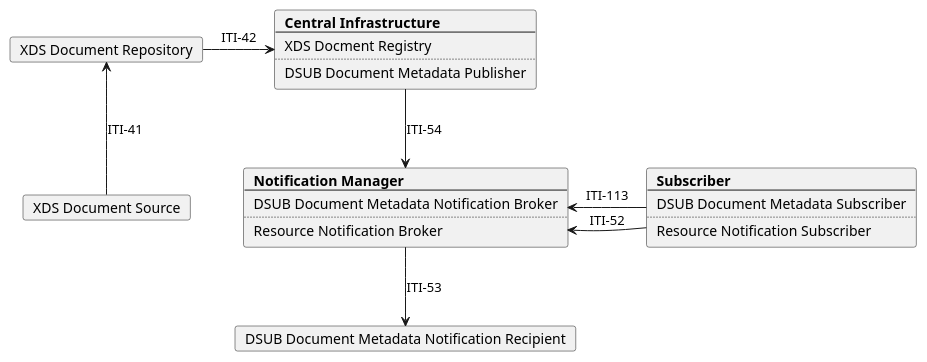
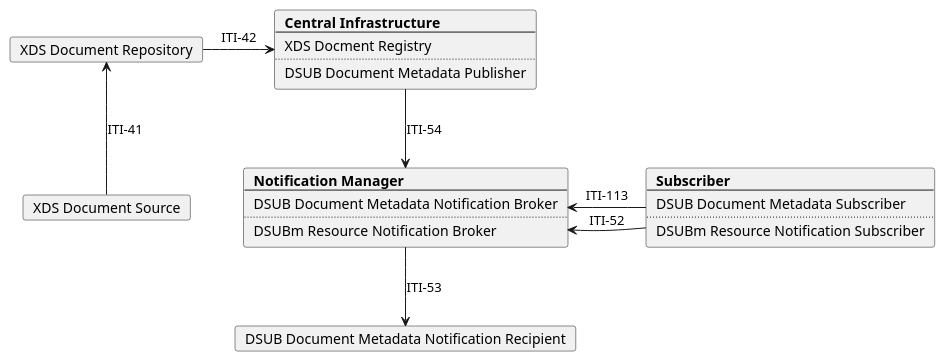
The diagram in input/images-source/model_DSUB.plantuml (IHE/ITI.DSUBm), drawn with PlantUML before and after one commit. The commit also changed 7 other files, not shown here.

Commit message:
update uml

```diff
--- a/input/images-source/model_DSUB.plantuml
+++ b/input/images-source/model_DSUB.plantuml
@@ -1,47 +1,47 @@
 @startuml
 skinparam svgDimensionStyle false
 skinparam componentStyle rectangle
 
 hide footbox
 /' title "DSUBm grouped with DSUB: Notification Manager" '/
 
 card "XDS Document Source" as Source
 card "XDS Document Repository" as Repo
 
 card  Central [
   <b>Central Infrastructure
   ----
   XDS Docment Registry
   ....
   DSUB Document Metadata Publisher
 ]
 
 card Broker [
   <b>Notification Manager
   ----
   DSUB Document Metadata Notification Broker
   ....
-  Resource Notification Broker
+  DSUBm Resource Notification Broker
 ]
 
 card Subscriber [
   <b>Subscriber
   ----
   DSUB Document Metadata Subscriber
   ....
-  Resource Notification Subscriber
+  DSUBm Resource Notification Subscriber
 ]
 
 card "DSUB Document Metadata Notification Recipient" as DSUB_Recipient 
 
 
 
 Subscriber -l-> Broker: ITI-113
 Subscriber -l-> Broker: ITI-52
 
 
 Source -u-> Repo: ITI-41
 Repo -r-> Central: ITI-42
 Central -d-> Broker: ITI-54
 Broker-d-> DSUB_Recipient: ITI-53
 @enduml
```
